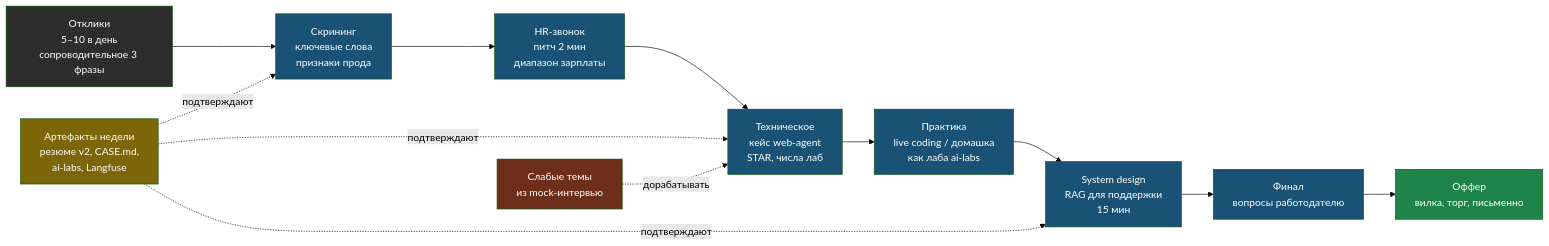
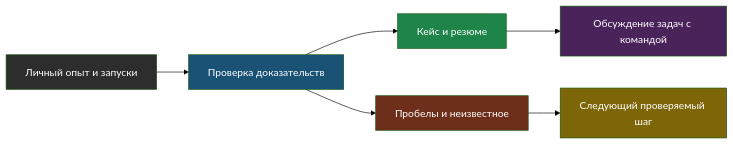
Before and after one commit to iRoboTron/ai-engineering: the diagram in docs/books/07-portfolio-interview/chapter-01.md, drawn with Mermaid (forest theme). The commit also changed other lines of this file and 113 other files, not shown here.

````diff
--- a/docs/books/07-portfolio-interview/chapter-01.md
+++ b/docs/books/07-portfolio-interview/chapter-01.md
@@ -68,25 +50,14 @@
 ```mermaid
 flowchart LR
-    R["Отклики\n5–10 в день\nсопроводительное 3 фразы"] --> S["Скрининг\nключевые слова\nпризнаки прода"]
-    S --> H["HR-звонок\nпитч 2 мин\nдиапазон зарплаты"]
-    H --> T["Техническое\nкейс web-agent\nSTAR, числа лаб"]
-    T --> P["Практика\nlive coding / домашка\nкак лаба ai-labs"]
-    P --> D["System design\nRAG для поддержки\n15 мин"]
-    D --> F["Финал\nвопросы работодателю"]
-    F --> O["Оффер\nвилка, торг, письменно"]
-    A["Артефакты недели\nрезюме v2, CASE.md,\nai-labs, Langfuse"] -. подтверждают .-> S
-    A -. подтверждают .-> T
-    A -. подтверждают .-> D
-    W["Слабые темы\nиз mock-интервью"] -. дорабатывать .-> T
-
-    style R fill:#2d2d2d,color:#fff
-    style S fill:#1a5276,color:#fff
-    style H fill:#1a5276,color:#fff
-    style T fill:#1a5276,color:#fff
-    style P fill:#1a5276,color:#fff
-    style D fill:#1a5276,color:#fff
-    style F fill:#1a5276,color:#fff
-    style O fill:#1e8449,color:#fff
-    style A fill:#7d6608,color:#fff
-    style W fill:#6e2f1a,color:#fff
+    E["Личный опыт и запуски"] --> V["Проверка доказательств"]
+    V --> C["Кейс и резюме"]
+    V --> G["Пробелы и неизвестное"]
+    C --> I["Обсуждение задач с командой"]
+    G --> P["Следующий проверяемый шаг"]
+    style E fill:#2d2d2d,color:#fff
+    style V fill:#1a5276,color:#fff
+    style C fill:#1e8449,color:#fff
+    style G fill:#6e2f1a,color:#fff
+    style I fill:#4a235a,color:#fff
+    style P fill:#7d6608,color:#fff
 ```
````
